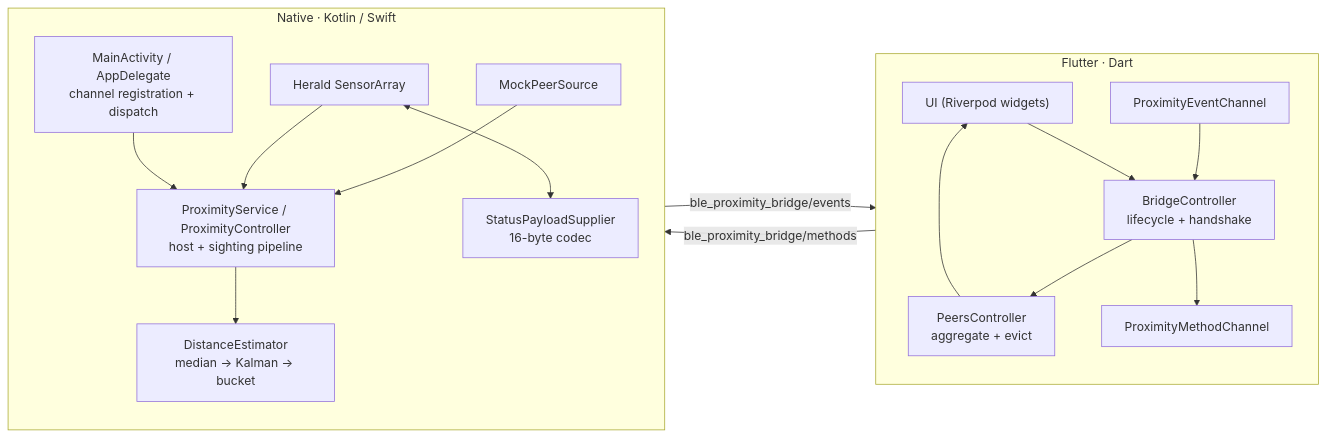
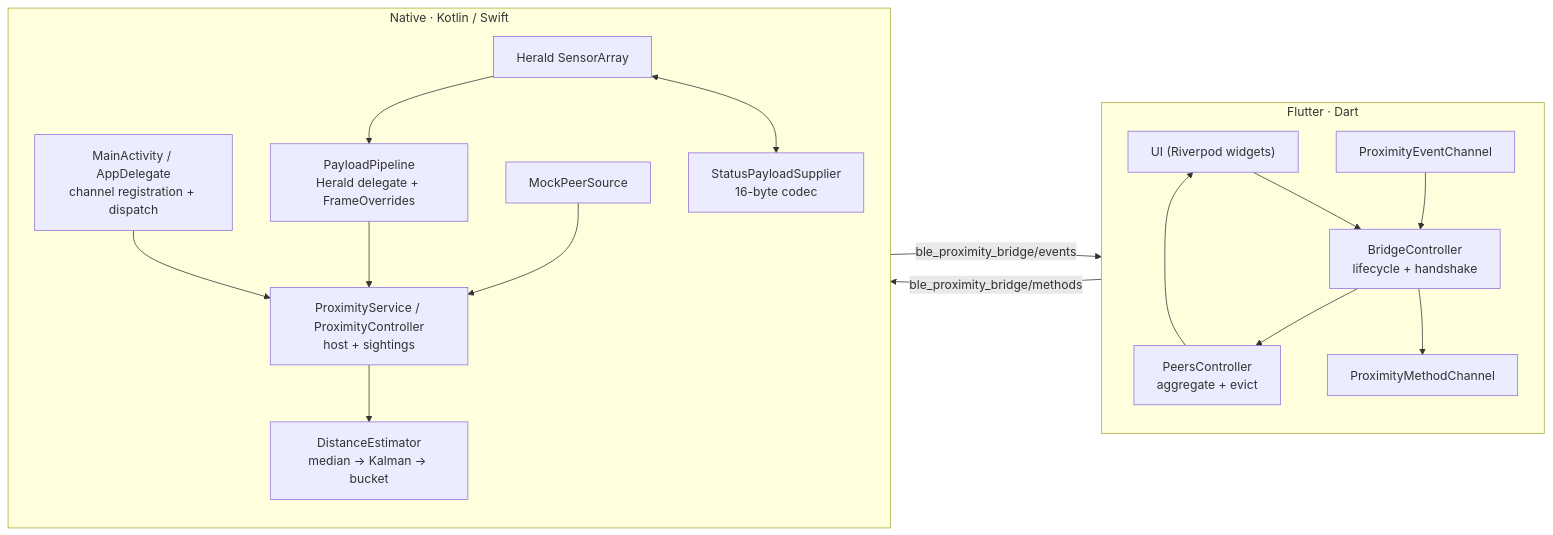
Before and after one commit to agrozdani/flutter-ble-proximity-bridge: the fourth of 5 diagrams in README.md, drawn with Mermaid. The commit also changed other lines of this file and 4 other files, not shown here.

First line of the commit message:
Docs: payload revisions, pipeline, narrower relay limitation

````diff
--- a/README.md
+++ b/README.md
@@ -221,34 +222,36 @@
 ```mermaid
 flowchart LR
     subgraph Flutter["Flutter · Dart"]
         direction TB
         UI["UI (Riverpod widgets)"]
         BC["BridgeController<br/>lifecycle + handshake"]
         PC["PeersController<br/>aggregate + evict"]
         MC["ProximityMethodChannel"]
         EC["ProximityEventChannel"]
         UI --> BC
         BC --> MC
         EC --> BC
         BC --> PC
         PC --> UI
     end
 
     subgraph Native["Native · Kotlin / Swift"]
         direction TB
         Dispatch["MainActivity / AppDelegate<br/>channel registration + dispatch"]
-        Host["ProximityService / ProximityController<br/>host + sighting pipeline"]
+        Host["ProximityService / ProximityController<br/>host + sightings"]
+        Pipeline["PayloadPipeline<br/>Herald delegate + FrameOverrides"]
         Codec["StatusPayloadSupplier<br/>16-byte codec"]
         Dist["DistanceEstimator<br/>median → Kalman → bucket"]
         Mock["MockPeerSource"]
         Herald["Herald SensorArray"]
         Dispatch --> Host
-        Herald --> Host
+        Herald --> Pipeline
+        Pipeline --> Host
         Mock --> Host
         Host --> Dist
         Herald <--> Codec
     end
 
     MC -- "ble_proximity_bridge/methods" --> Dispatch
     Host -- "ble_proximity_bridge/events" --> EC
 ```
````
